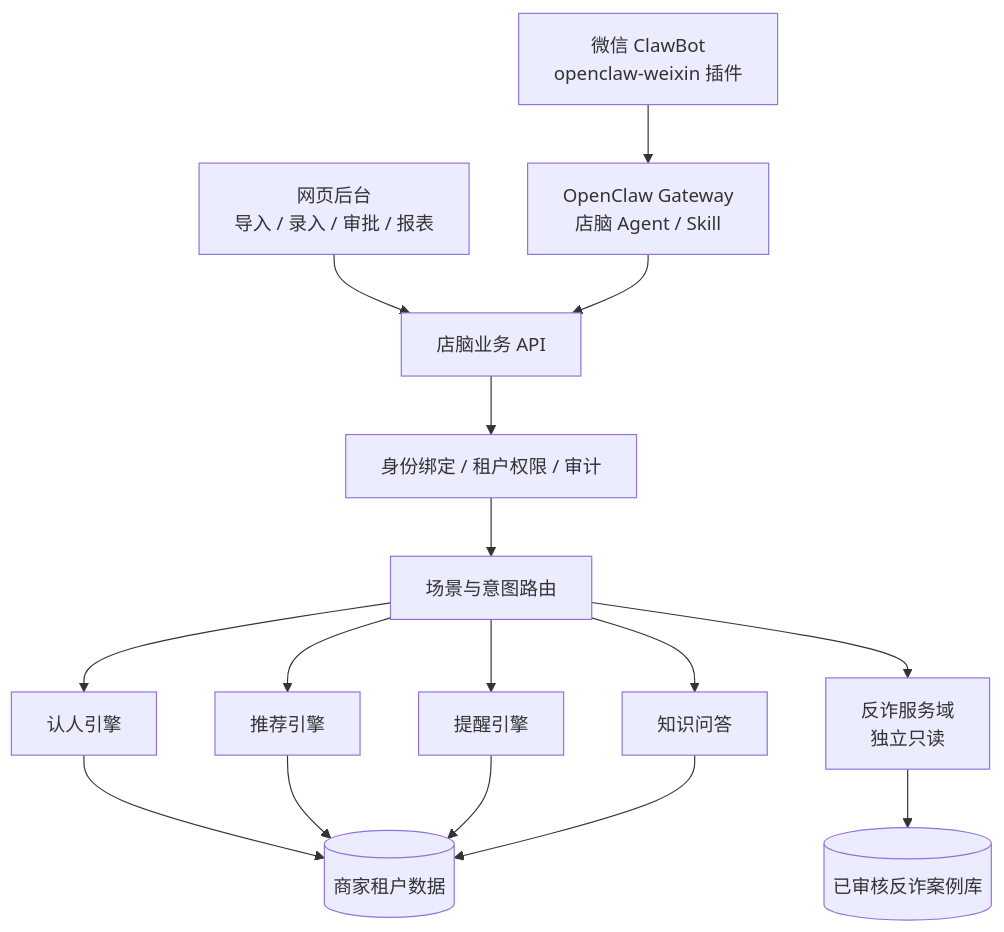
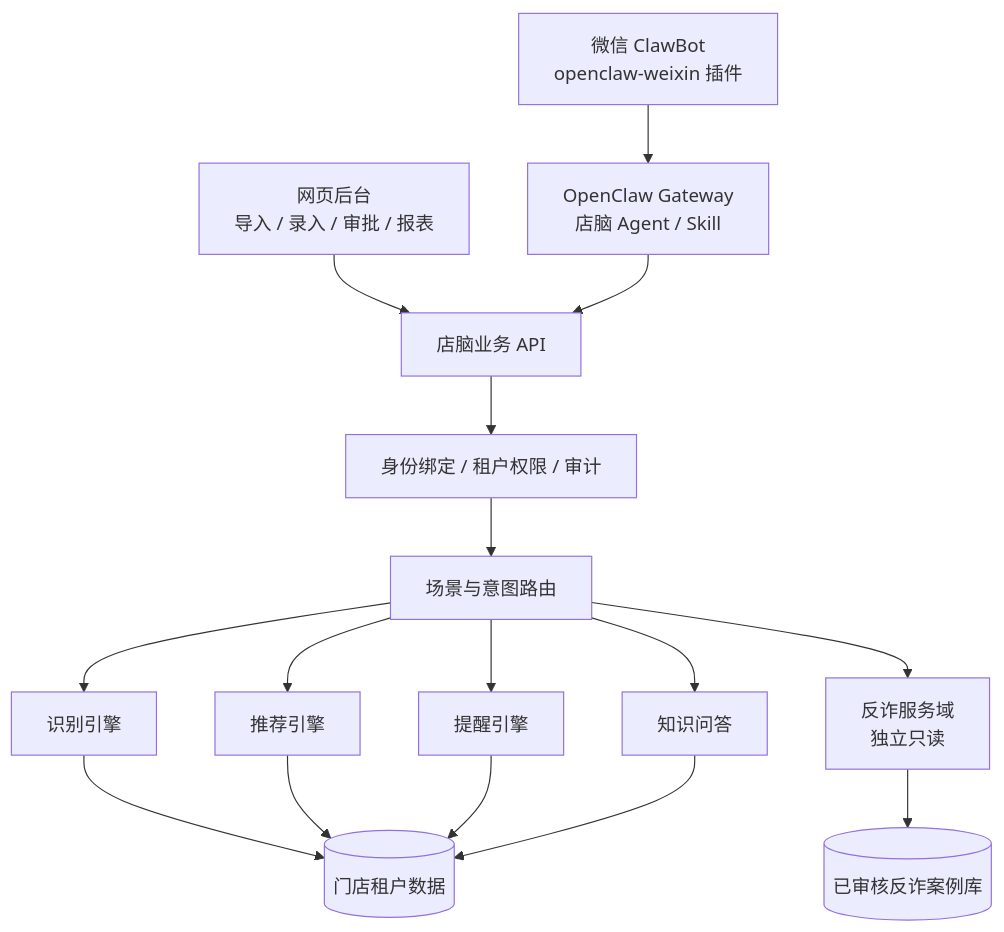
One commit to perpetualhui/diannao-ai-agent changed the diagram in README.md. Above: the diagram before and after it, drawn with Mermaid. The commit also changed other lines of this file, not shown here.

````diff
--- a/README.md
+++ b/README.md
@@ -82,18 +78,18 @@
 ```mermaid
 flowchart TB
   W[网页后台<br/>导入 / 录入 / 审批 / 报表] --> API[店脑业务 API]
   C[微信 ClawBot<br/>openclaw-weixin 插件] --> O[OpenClaw Gateway<br/>店脑 Agent / Skill]
   O --> API
   API --> AUTH[身份绑定 / 租户权限 / 审计]
   AUTH --> ROUTER[场景与意图路由]
-  ROUTER --> ID[认人引擎]
+  ROUTER --> ID[识别引擎]
   ROUTER --> REC[推荐引擎]
   ROUTER --> REM[提醒引擎]
   ROUTER --> QA[知识问答]
   ROUTER --> RISK[反诈服务域<br/>独立只读]
-  ID --> DB[(商家租户数据)]
+  ID --> DB[(门店租户数据)]
   REC --> DB
   REM --> DB
   QA --> DB
   RISK --> CASE[(已审核反诈案例库)]
 ```
````
